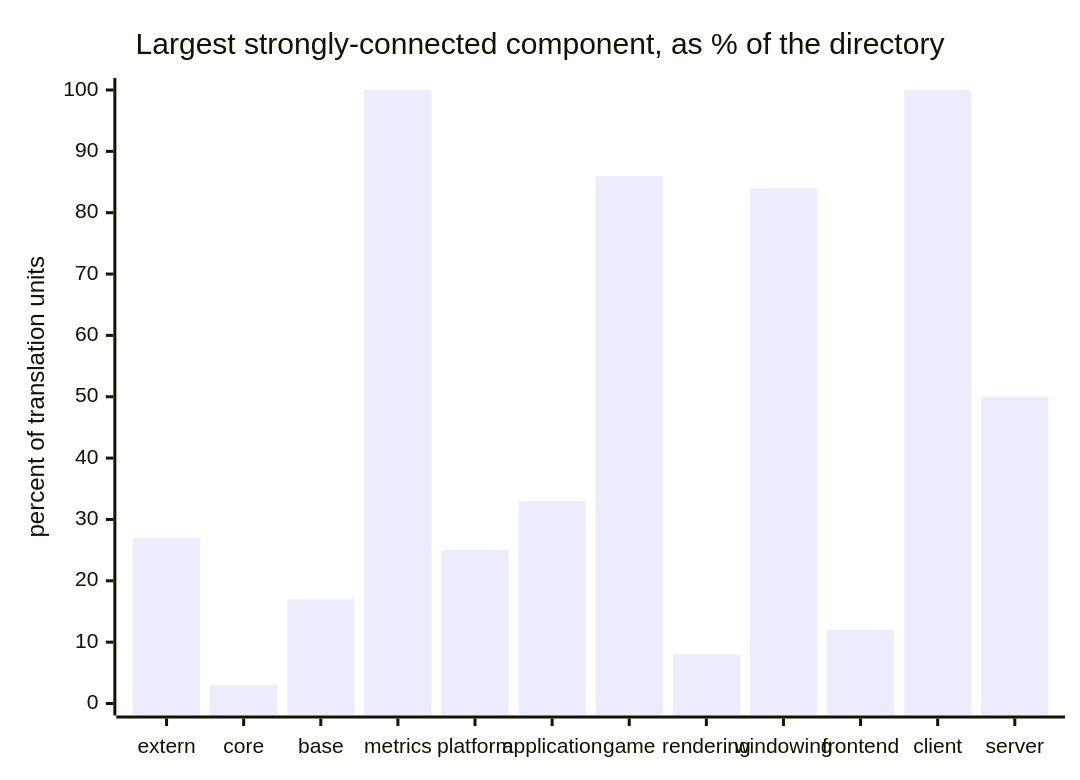
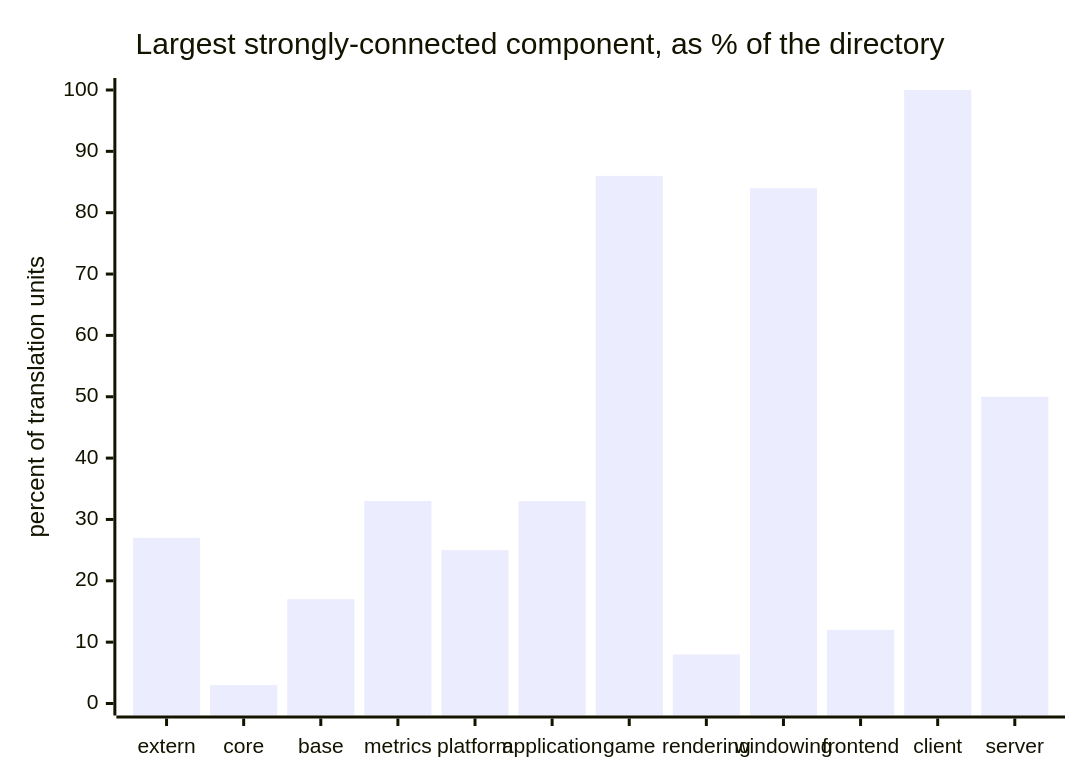
The eighth of 11 diagrams in docs/architecture/system-boundaries.md (apnex/OpenStarbound), drawn with Mermaid before and after one commit. The commit also changed other lines of this file and 6 other files, not shown here.

````diff
--- a/docs/architecture/system-boundaries.md
+++ b/docs/architecture/system-boundaries.md
@@ -655,7 +659,7 @@
 ```mermaid
 xychart-beta
     title "Largest strongly-connected component, as % of the directory"
     x-axis [extern, core, base, metrics, platform, application, game, rendering, windowing, frontend, client, server]
     y-axis "percent of translation units" 0 --> 100
-    bar [27, 3, 17, 100, 25, 33, 86, 8, 84, 12, 100, 50]
+    bar [27, 3, 17, 33, 25, 33, 86, 8, 84, 12, 100, 50]
 ```
````
